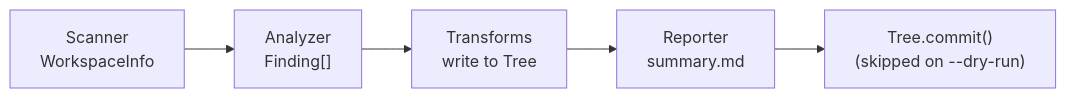
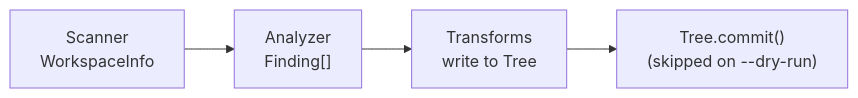
One commit to testmex/testmex changed the first of 3 diagrams in design-docs/001-vitestify.md. Above: the diagram before and after it, drawn with Mermaid. The commit also changed other lines of this file, not shown here.

````diff
--- a/design-docs/001-vitestify.md
+++ b/design-docs/001-vitestify.md
@@ -61,10 +58,9 @@
 ```mermaid
 flowchart LR
     Scan["Scanner<br>WorkspaceInfo"]
     Find["Analyzer<br>Finding[]"]
     Change["Transforms<br>write to Tree"]
-    Report["Reporter<br>summary.md"]
     Commit["Tree.commit()<br>(skipped on --dry-run)"]
 
-    Scan --> Find --> Change --> Report --> Commit
+    Scan --> Find --> Change --> Commit
 ```
````
